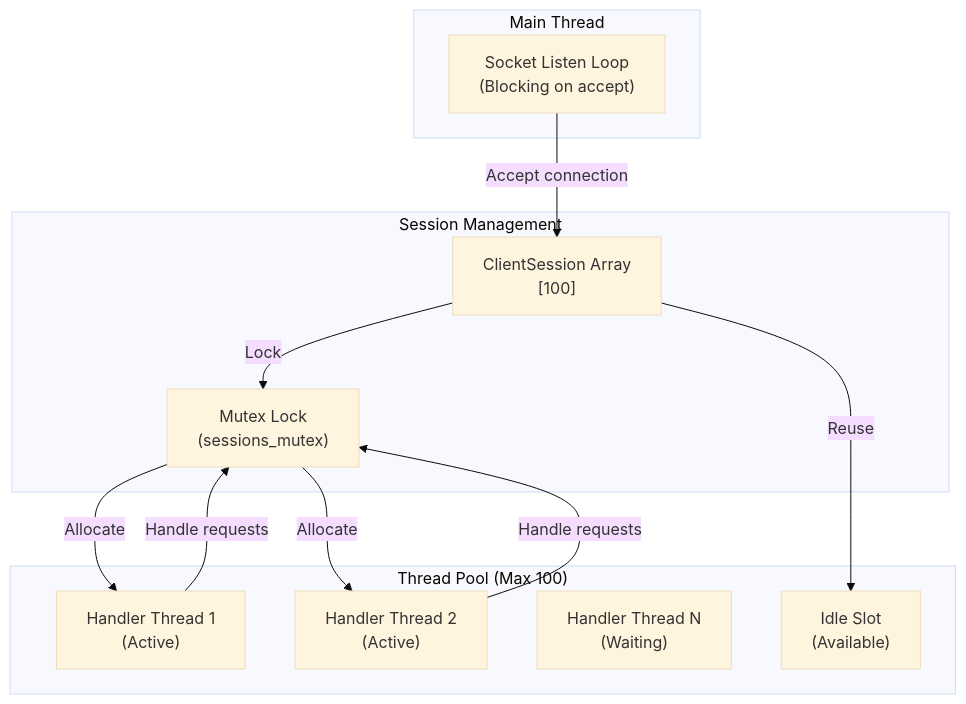
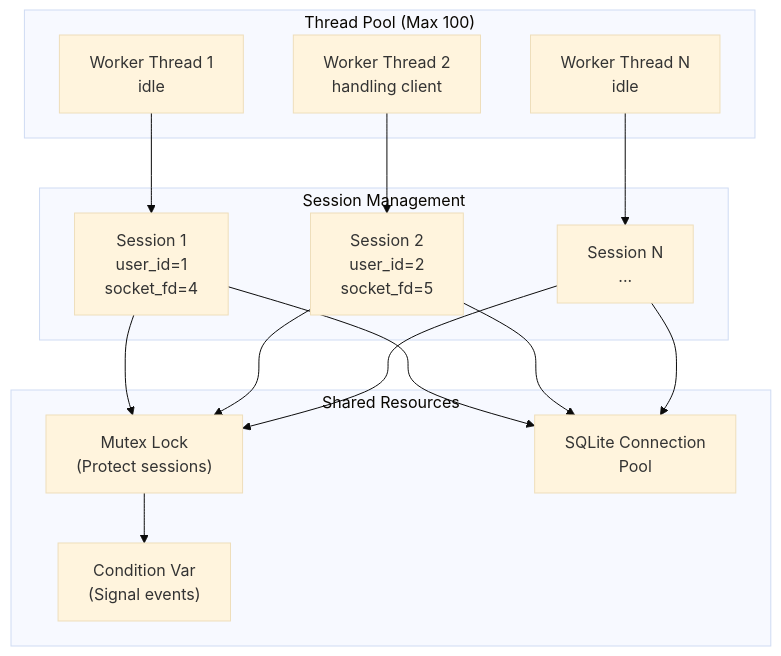
One commit to luanquangminh/NetworkDemo changed the eighth of 10 diagrams in PROJECT_REPORT.md. Above: the diagram before and after it, drawn with Mermaid (base theme). The commit also changed other lines of this file and 37 other files, not shown here.

````diff
--- a/PROJECT_REPORT.md
+++ b/PROJECT_REPORT.md
@@ -411,26 +520,31 @@
 ```mermaid
 graph TB
-    subgraph MainThread["Main Thread"]
-        LISTEN["Socket Listen Loop<br/>(Blocking on accept)"]
+    subgraph ThreadPool["Thread Pool (Max 100)"]
+        T1["Worker Thread 1<br/>idle"]
+        T2["Worker Thread 2<br/>handling client"]
+        T3["Worker Thread N<br/>idle"]
     end
 
-    subgraph ThreadPool["Thread Pool (Max 100)"]
-        T1["Handler Thread 1<br/>(Active)"]
-        T2["Handler Thread 2<br/>(Active)"]
-        TN["Handler Thread N<br/>(Waiting)"]
-        IDLE["Idle Slot<br/>(Available)"]
+    subgraph Sessions["Session Management"]
+        S1["Session 1<br/>user_id=1<br/>socket_fd=4"]
+        S2["Session 2<br/>user_id=2<br/>socket_fd=5"]
+        SN["Session N<br/>..."]
     end
 
-    subgraph SessionMgmt["Session Management"]
-        SESSIONS["ClientSession Array<br/>[100]"]
-        MUTEX["Mutex Lock<br/>(sessions_mutex)"]
+    subgraph Resources["Shared Resources"]
+        MUTEX["Mutex Lock<br/>(Protect sessions)"]
+        COND["Condition Var<br/>(Signal events)"]
+        DB["SQLite Connection<br/>Pool"]
     end
 
-    LISTEN -->|Accept connection| SESSIONS
-    SESSIONS -->|Lock| MUTEX
-    MUTEX -->|Allocate| T1
-    MUTEX -->|Allocate| T2
-    SESSIONS -->|Reuse| IDLE
-    T1 -->|Handle requests| MUTEX
-    T2 -->|Handle requests| MUTEX
+    T1 --> S1
+    T2 --> S2
+    T3 --> SN
+    S1 --> MUTEX
+    S2 --> MUTEX
+    SN --> MUTEX
+    S1 --> DB
+    S2 --> DB
+    SN --> DB
+    MUTEX --> COND
 ```
````
